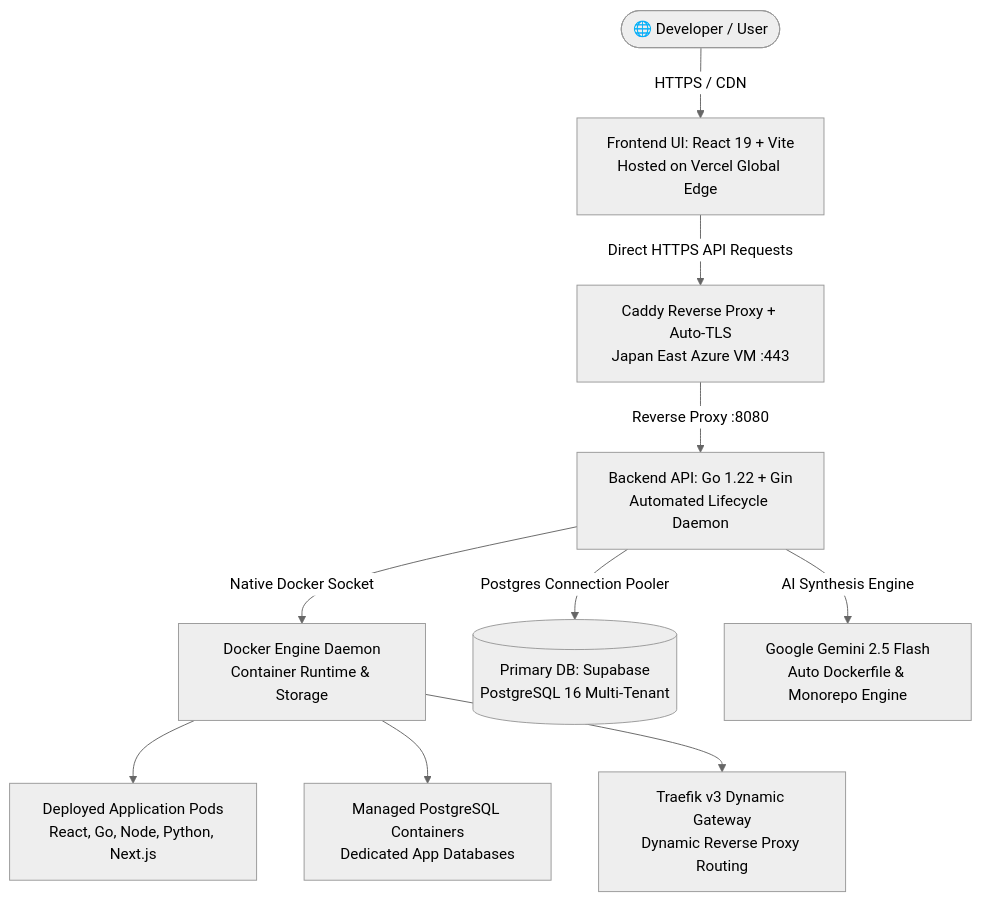
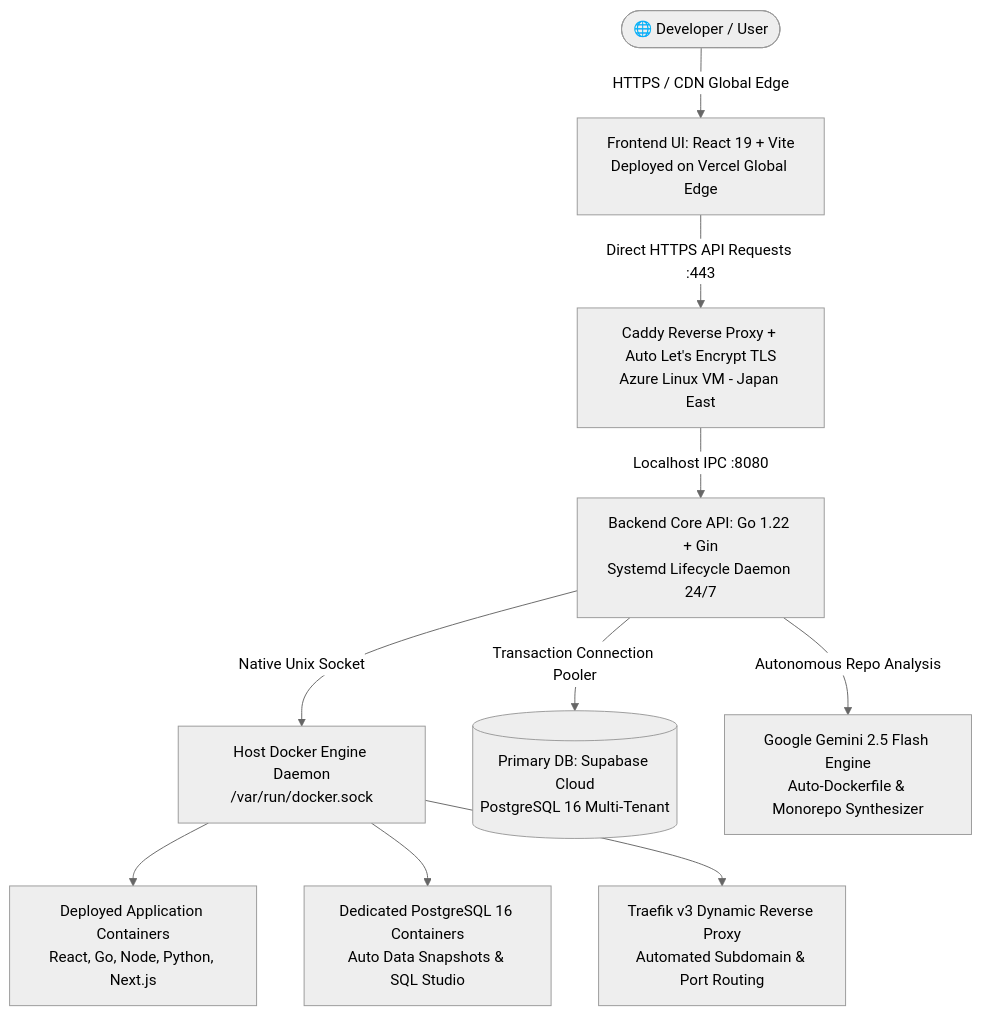
The diagram in README.md (thanawat-c/ai-cloud-hosting), drawn with Mermaid (neutral theme) before and after one commit. The commit also changed other lines of this file, not shown here.

Commit message:
docs(readme): rewrite README with problem-solving approach (Pain Points, Architecture, Edge Cases)

````diff
--- a/README.md
+++ b/README.md
@@ -59,14 +66,14 @@
 ```mermaid
 flowchart TD
-    User([🌐 Developer / User]) -->|HTTPS / CDN| Vercel[Frontend UI: React 19 + Vite\nHosted on Vercel Global Edge]
-    Vercel -->|Direct HTTPS API Requests| Caddy[Caddy Reverse Proxy + Auto-TLS\nJapan East Azure VM :443]
-    Caddy -->|Reverse Proxy :8080| Backend[Backend API: Go 1.22 + Gin\nAutomated Lifecycle Daemon]
+    User([🌐 Developer / User]) -->|HTTPS / CDN Global Edge| Vercel[Frontend UI: React 19 + Vite\nDeployed on Vercel Global Edge]
+    Vercel -->|Direct HTTPS API Requests :443| Caddy[Caddy Reverse Proxy + Auto Let's Encrypt TLS\nAzure Linux VM - Japan East]
+    Caddy -->|Localhost IPC :8080| Backend[Backend Core API: Go 1.22 + Gin\nSystemd Lifecycle Daemon 24/7]
     
-    Backend -->|Native Docker Socket| Docker[Docker Engine Daemon\nContainer Runtime & Storage]
-    Backend -->|Postgres Connection Pooler| Supabase[(Primary DB: Supabase\nPostgreSQL 16 Multi-Tenant)]
-    Backend -->|AI Synthesis Engine| Gemini[Google Gemini 2.5 Flash\nAuto Dockerfile & Monorepo Engine]
+    Backend -->|Native Unix Socket| DockerEngine[Host Docker Engine Daemon\n/var/run/docker.sock]
+    Backend -->|Transaction Connection Pooler| Supabase[(Primary DB: Supabase Cloud\nPostgreSQL 16 Multi-Tenant)]
+    Backend -->|Autonomous Repo Analysis| GeminiAI[Google Gemini 2.5 Flash Engine\nAuto-Dockerfile & Monorepo Synthesizer]
 
-    Docker --> AppContainers[Deployed Application Pods\nReact, Go, Node, Python, Next.js]
-    Docker --> ManagedDBs[Managed PostgreSQL Containers\nDedicated App Databases]
-    Docker --> Traefik[Traefik v3 Dynamic Gateway\nDynamic Reverse Proxy Routing]
+    DockerEngine --> UserContainers[Deployed Application Containers\nReact, Go, Node, Python, Next.js]
+    DockerEngine --> ManagedDatabases[Dedicated PostgreSQL 16 Containers\nAuto Data Snapshots & SQL Studio]
+    DockerEngine --> TraefikGateway[Traefik v3 Dynamic Reverse Proxy\nAutomated Subdomain & Port Routing]
 ```
````
